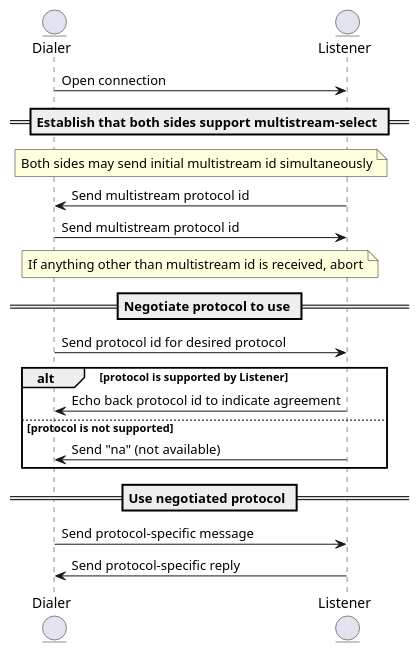
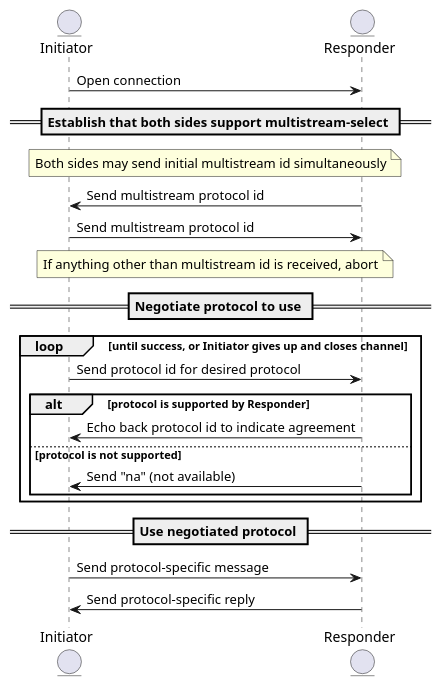
The diagram in connections/multistream.plantuml (libp2p/specs), drawn with PlantUML before and after one commit. The commit also changed 2 other files, not shown here.

Commit message:
rename participants and add loop to diagram

```diff
--- a/connections/multistream.plantuml
+++ b/connections/multistream.plantuml
@@ -1,29 +1,32 @@
 @startuml
 
-entity Dialer
-entity Listener
-Dialer -> Listener: Open connection
+entity Initiator
+entity Responder
+Initiator -> Responder: Open connection
 
 == Establish that both sides support multistream-select ==
 
-note over Dialer, Listener: Both sides may send initial multistream id simultaneously
-Listener -> Dialer: Send multistream protocol id
-Dialer -> Listener: Send multistream protocol id
-note over Dialer, Listener: If anything other than multistream id is received, abort
+note over Initiator, Responder: Both sides may send initial multistream id simultaneously
+Responder -> Initiator: Send multistream protocol id
+Initiator -> Responder: Send multistream protocol id
+note over Initiator, Responder: If anything other than multistream id is received, abort
 
 
 == Negotiate protocol to use ==
-Dialer -> Listener: Send protocol id for desired protocol
 
-alt protocol is supported by Listener
-  Listener -> Dialer: Echo back protocol id to indicate agreement
-else protocol is not supported
-  Listener -> Dialer: Send "na" (not available)
+
+loop until success, or Initiator gives up and closes channel
+  Initiator -> Responder: Send protocol id for desired protocol
+  alt protocol is supported by Responder
+    Responder -> Initiator: Echo back protocol id to indicate agreement
+  else protocol is not supported
+    Responder -> Initiator: Send "na" (not available)
+  end
 end
 
 == Use negotiated protocol ==
 
-Dialer -> Listener: Send protocol-specific message
-Listener -> Dialer: Send protocol-specific reply
+Initiator -> Responder: Send protocol-specific message
+Responder -> Initiator: Send protocol-specific reply
 
 @enduml
```
